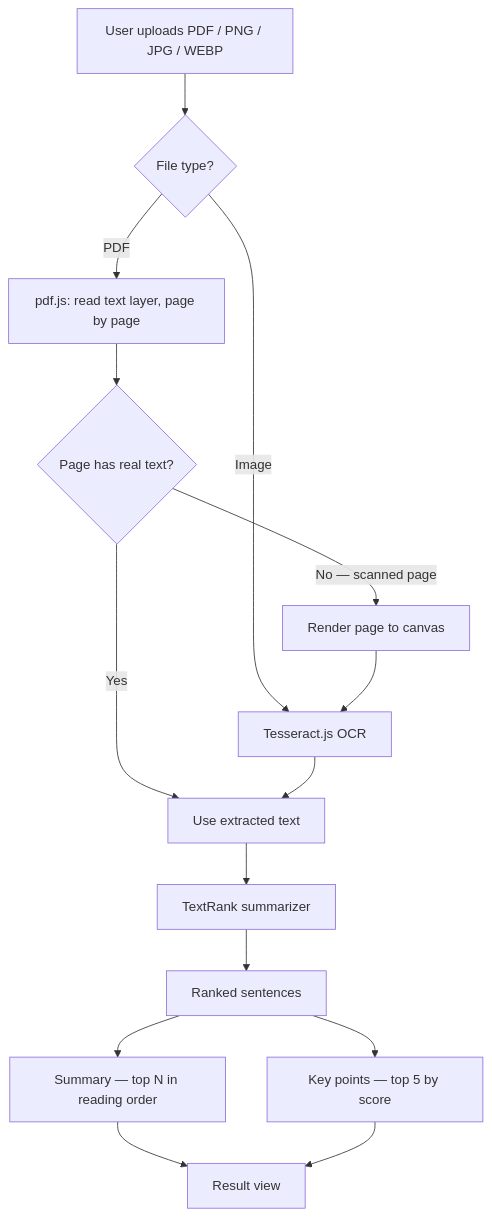
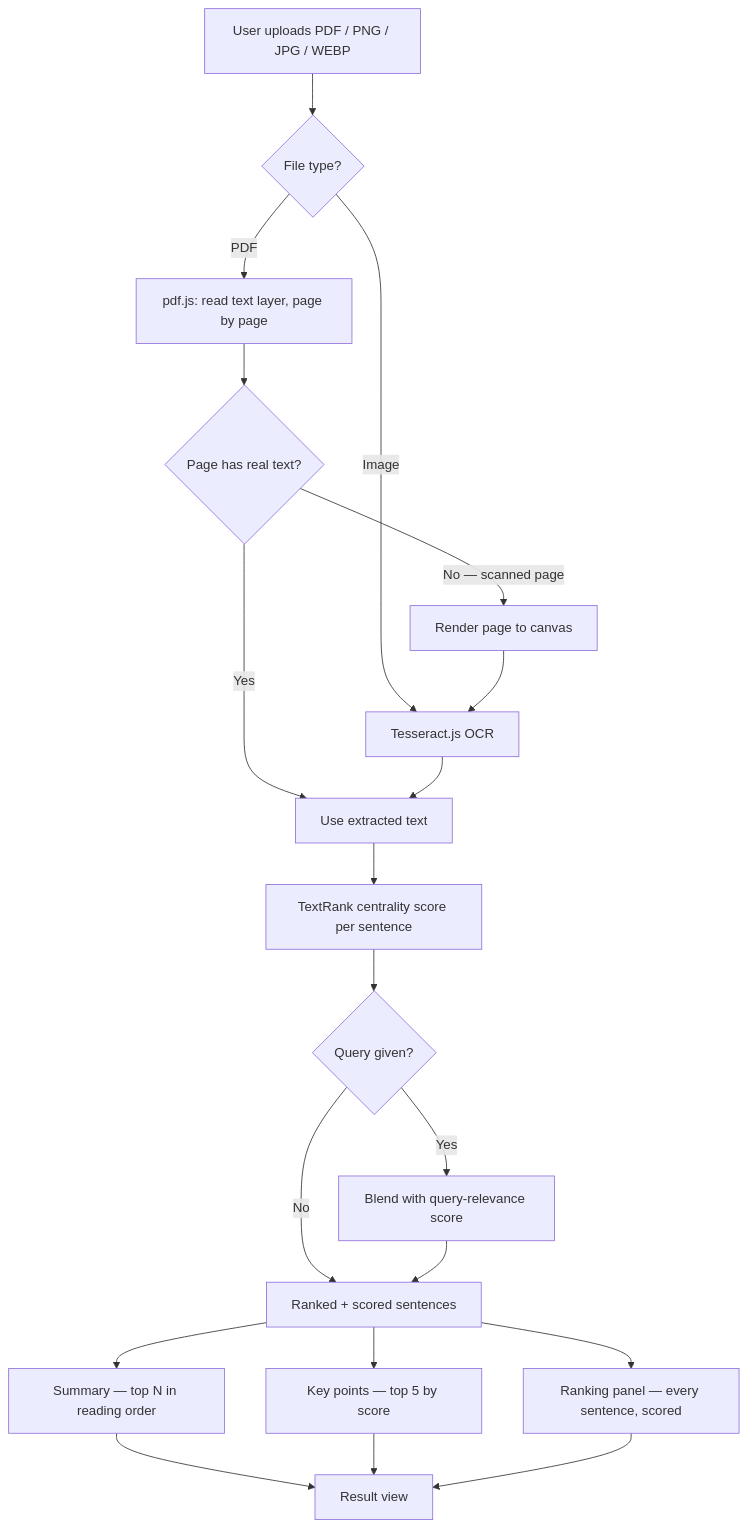
One commit to HrishiKoushalb/document-summary-assistant changed the diagram in README.md. Above: the diagram before and after it, drawn with Mermaid. The commit also changed other lines of this file, not shown here.

Commit message:
Document query summarization, ranking transparency, and PWA support

````diff
--- a/README.md
+++ b/README.md
@@ -59,17 +68,22 @@
 ```mermaid
 flowchart TD
     A[User uploads PDF / PNG / JPG / WEBP] --> B{File type?}
     B -->|Image| E[Tesseract.js OCR]
     B -->|PDF| C[pdf.js: read text layer, page by page]
     C --> D{Page has real text?}
     D -->|Yes| F[Use extracted text]
     D -->|No — scanned page| G[Render page to canvas]
     G --> E
     E --> F
-    F --> H[TextRank summarizer]
-    H --> I[Ranked sentences]
+    F --> H[TextRank centrality score per sentence]
+    H --> QM{Query given?}
+    QM -->|Yes| QR[Blend with query-relevance score]
+    QM -->|No| I[Ranked + scored sentences]
+    QR --> I
     I --> J[Summary — top N in reading order]
     I --> K[Key points — top 5 by score]
+    I --> R[Ranking panel — every sentence, scored]
     J --> L[Result view]
     K --> L
+    R --> L
 ```
````
